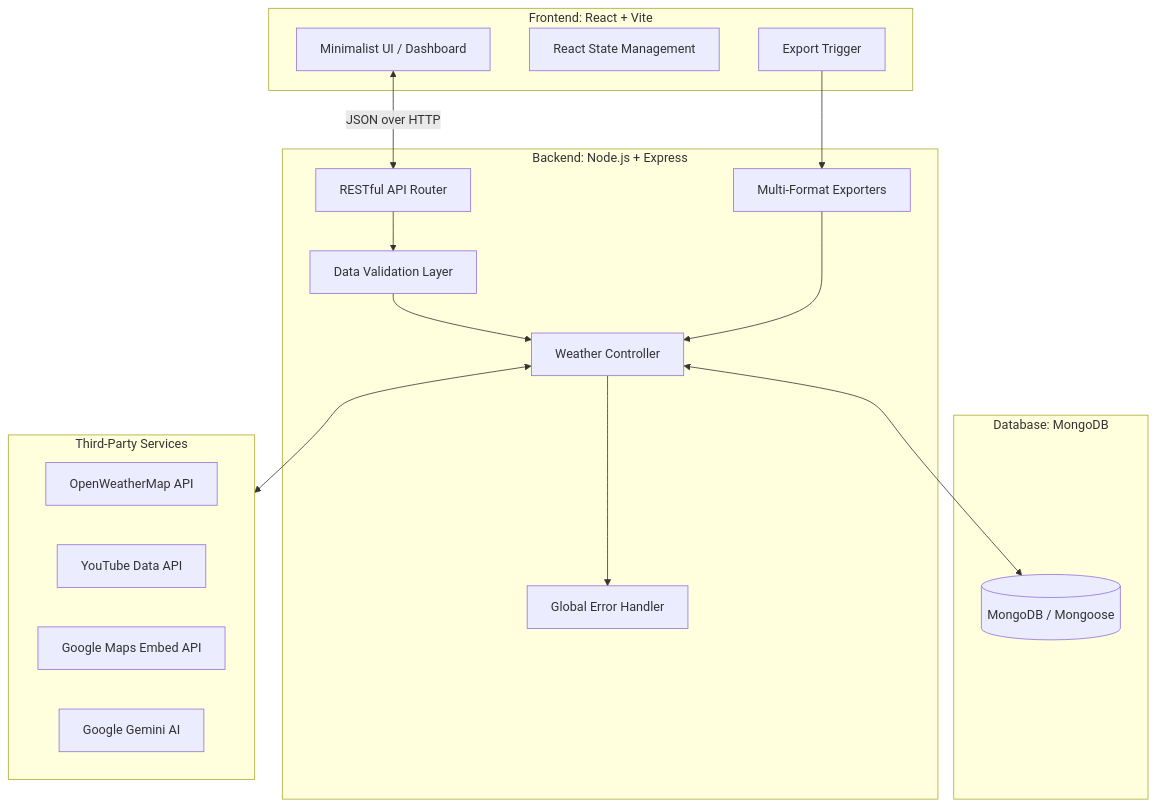
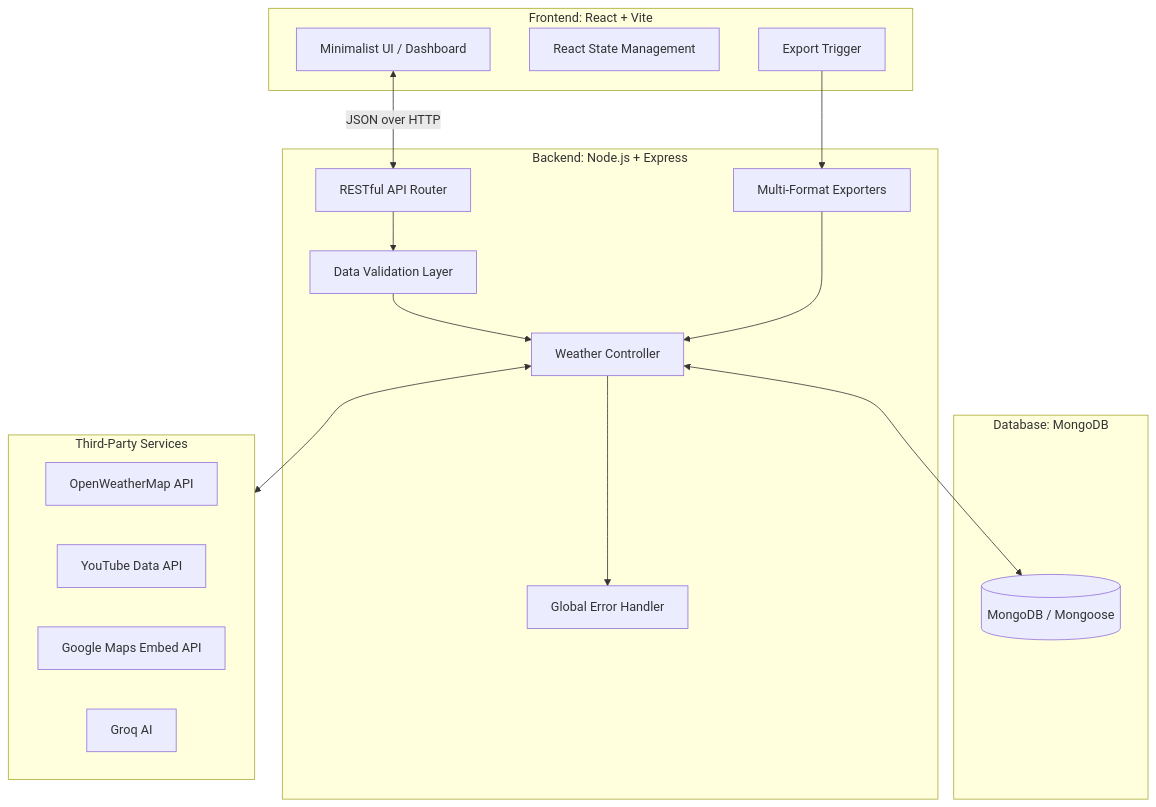
One commit to arjunajaygit/pm_accelerator changed the diagram in README.md. Above: the diagram before and after it, drawn with Mermaid. The commit also changed other lines of this file and 15 other files, not shown here.

````diff
--- a/README.md
+++ b/README.md
@@ -27,41 +56,41 @@
 ```mermaid
 graph TD
     %% Frontend Layer
     subgraph Client [Frontend: React + Vite]
         UI[Minimalist UI / Dashboard]
         State[React State Management]
         Export[Export Trigger]
     end
 
     %% Backend Layer
     subgraph Server [Backend: Node.js + Express]
         API[RESTful API Router]
         Validator[Data Validation Layer]
         Controller[Weather Controller]
         Exporters[Multi-Format Exporters]
         ErrorHandler[Global Error Handler]
     end
 
     %% Database Layer
     subgraph Database [Database: MongoDB]
         Mongo[(MongoDB / Mongoose)]
     end
 
     %% Third-Party Integrations
     subgraph External [Third-Party Services]
         OWM[OpenWeatherMap API]
         YT[YouTube Data API]
         GMaps[Google Maps Embed API]
-        Gemini[Google Gemini AI]
+        Groq[Groq AI]
     end
 
     %% Data Flow
     UI <-->|JSON over HTTP| API
     API --> Validator
     Validator --> Controller
     Controller <--> External
     Controller <--> Mongo
     Export --> Exporters
     Exporters --> Controller
     Controller --> ErrorHandler
 ```
````
